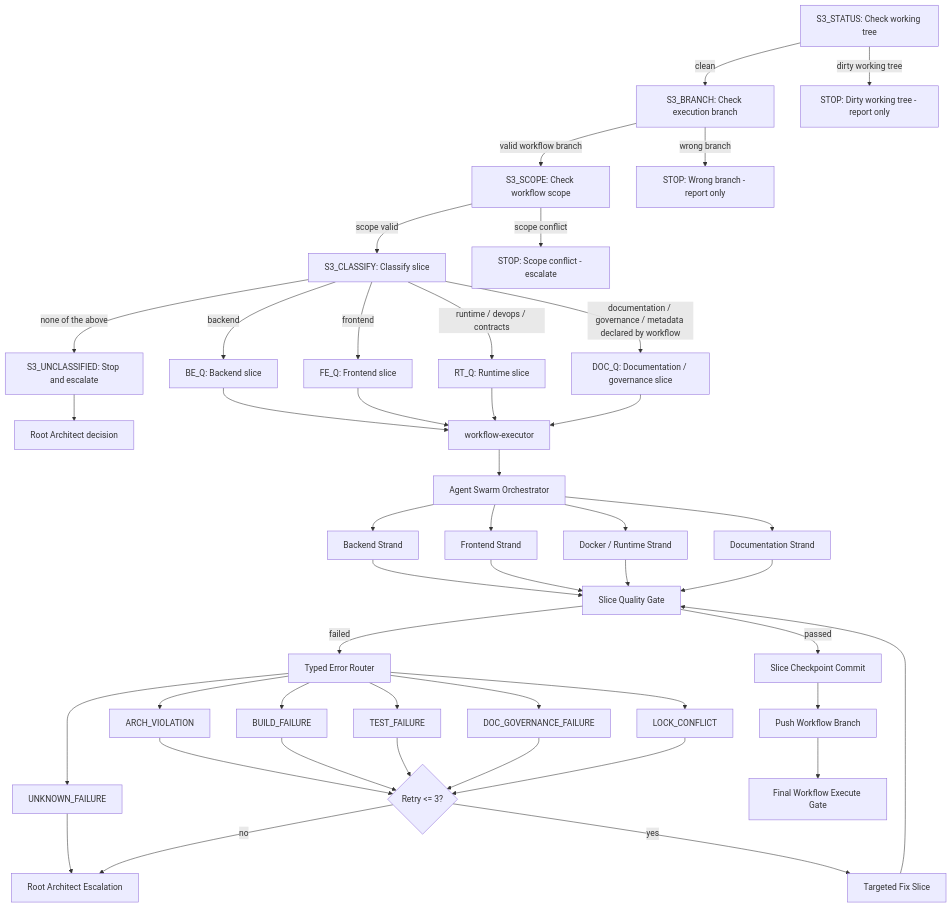
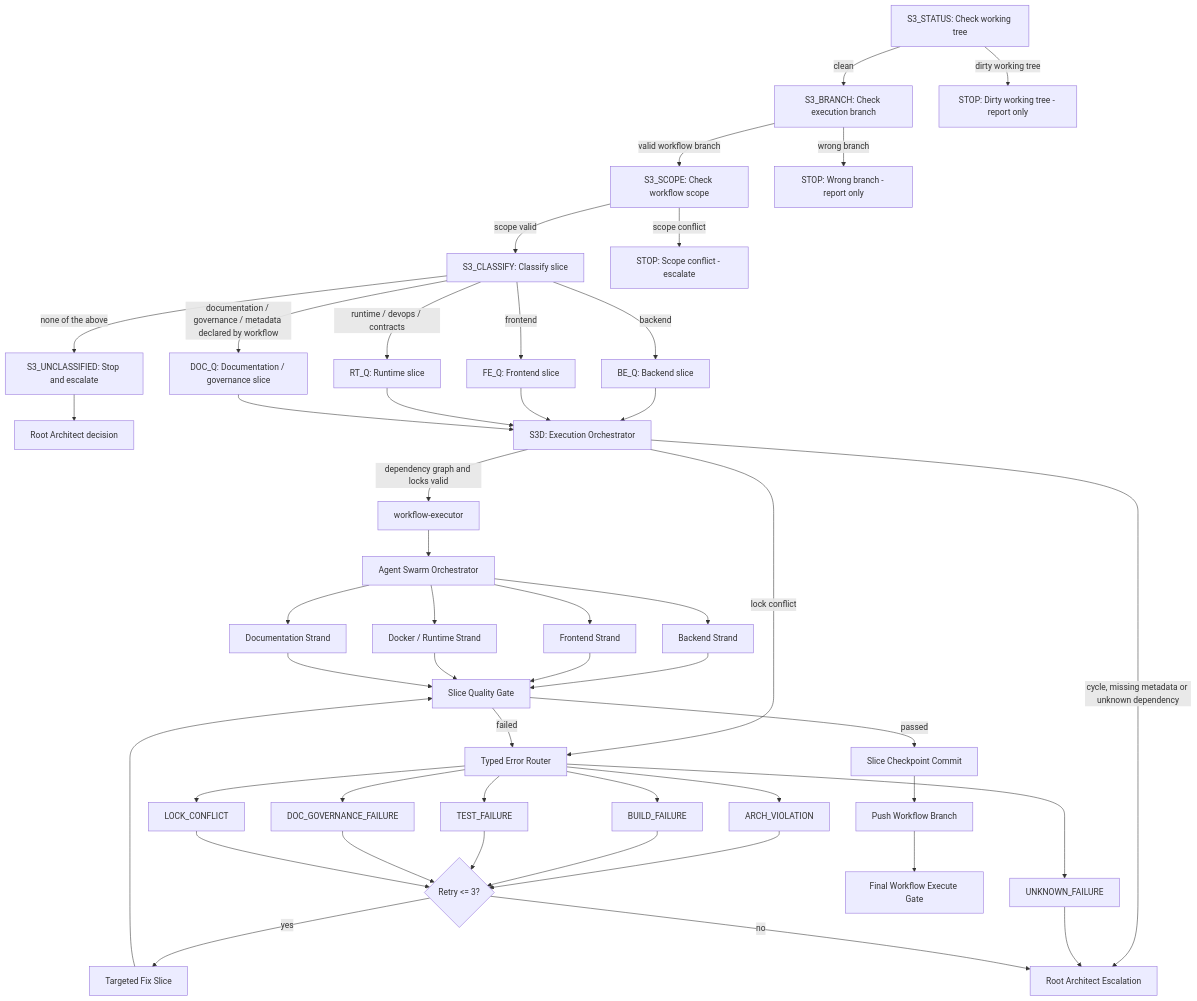
Before and after one commit to MatthiasBurger-Coder/forensic_analytics: the fourth of 5 diagrams in docs/agents/agent-governance.md, drawn with Mermaid. The commit also changed 13 other files, not shown here.

````diff
--- a/docs/agents/agent-governance.md
+++ b/docs/agents/agent-governance.md
@@ -158,67 +158,71 @@
 ```mermaid
 flowchart TD
   Status["S3_STATUS: Check working tree"]
   Branch["S3_BRANCH: Check execution branch"]
   Scope["S3_SCOPE: Check workflow scope"]
   Classify["S3_CLASSIFY: Classify slice"]
   BE_Q["BE_Q: Backend slice"]
   FE_Q["FE_Q: Frontend slice"]
   RT_Q["RT_Q: Runtime slice"]
   DOC_Q["DOC_Q: Documentation / governance slice"]
   Unclassified["S3_UNCLASSIFIED: Stop and escalate"]
   RootArchitect["Root Architect decision"]
   StopStatus["STOP: Dirty working tree - report only"]
   StopBranch["STOP: Wrong branch - report only"]
   StopScope["STOP: Scope conflict - escalate"]
+  S3D["S3D: Execution Orchestrator"]
   Executor["workflow-executor"]
   Swarm["Agent Swarm Orchestrator"]
   Backend["Backend Strand"]
   Frontend["Frontend Strand"]
   Runtime["Docker / Runtime Strand"]
   Docs["Documentation Strand"]
   Gate["Slice Quality Gate"]
   Router["Typed Error Router"]
   ArchFailure["ARCH_VIOLATION"]
   BuildFailure["BUILD_FAILURE"]
   TestFailure["TEST_FAILURE"]
   DocFailure["DOC_GOVERNANCE_FAILURE"]
   LockFailure["LOCK_CONFLICT"]
   UnknownFailure["UNKNOWN_FAILURE"]
   Retry{"Retry <= 3?"}
   Fix["Targeted Fix Slice"]
   Escalate["Root Architect Escalation"]
   Commit["Slice Checkpoint Commit"]
   Push["Push Workflow Branch"]
   Final["Final Workflow Execute Gate"]
 
   Status -->|clean| Branch
   Status -->|dirty working tree| StopStatus
   Branch -->|valid workflow branch| Scope
   Branch -->|wrong branch| StopBranch
   Scope -->|scope valid| Classify
   Scope -->|scope conflict| StopScope
-  Classify -->|backend| BE_Q --> Executor
-  Classify -->|frontend| FE_Q --> Executor
-  Classify -->|runtime / devops / contracts| RT_Q --> Executor
-  Classify -->|documentation / governance / metadata declared by workflow| DOC_Q --> Executor
+  Classify -->|backend| BE_Q --> S3D
+  Classify -->|frontend| FE_Q --> S3D
+  Classify -->|runtime / devops / contracts| RT_Q --> S3D
+  Classify -->|documentation / governance / metadata declared by workflow| DOC_Q --> S3D
   Classify -->|none of the above| Unclassified --> RootArchitect
+  S3D -->|dependency graph and locks valid| Executor
+  S3D -->|lock conflict| Router
+  S3D -->|cycle, missing metadata or unknown dependency| Escalate
   Executor --> Swarm
   Swarm --> Backend
   Swarm --> Frontend
   Swarm --> Runtime
   Swarm --> Docs
   Backend --> Gate
   Frontend --> Gate
   Runtime --> Gate
   Docs --> Gate
   Gate -->|passed| Commit --> Push --> Final
   Gate -->|failed| Router
   Router --> ArchFailure --> Retry
   Router --> BuildFailure --> Retry
   Router --> TestFailure --> Retry
   Router --> DocFailure --> Retry
   Router --> LockFailure --> Retry
   Router --> UnknownFailure --> Escalate
   Retry -->|yes| Fix --> Gate
   Retry -->|no| Escalate
 ```
````
